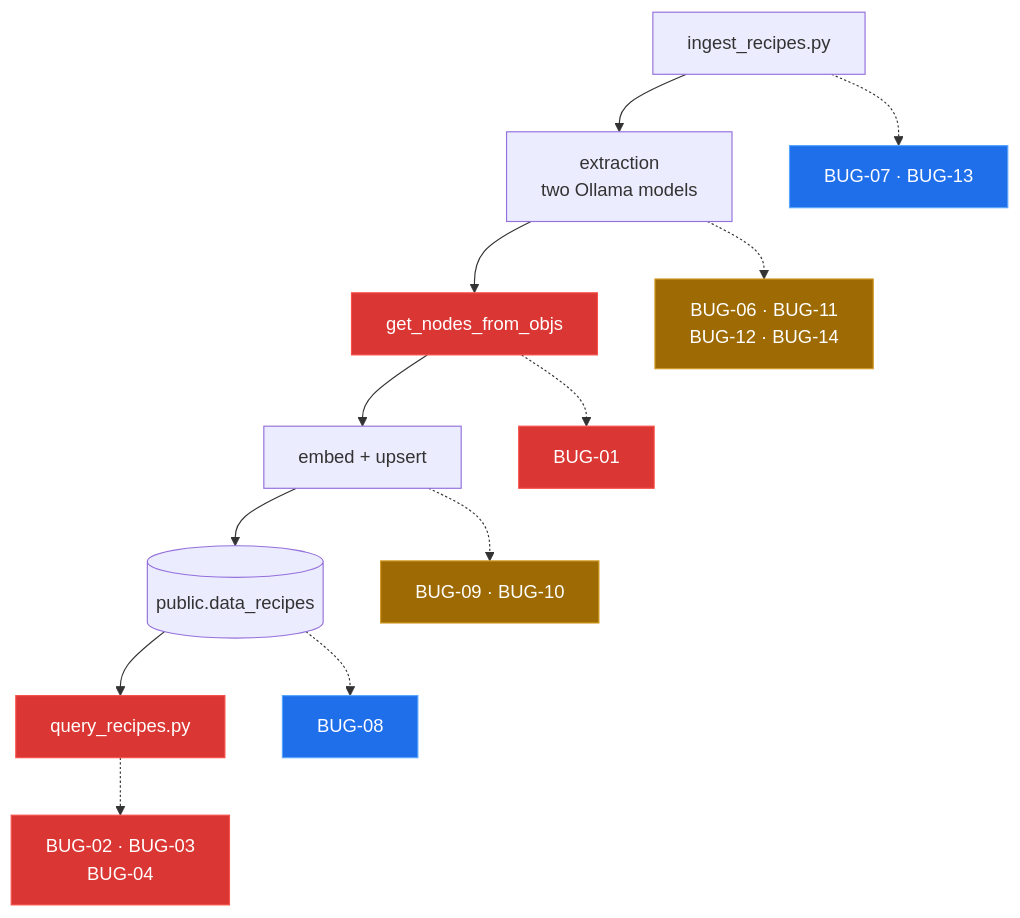
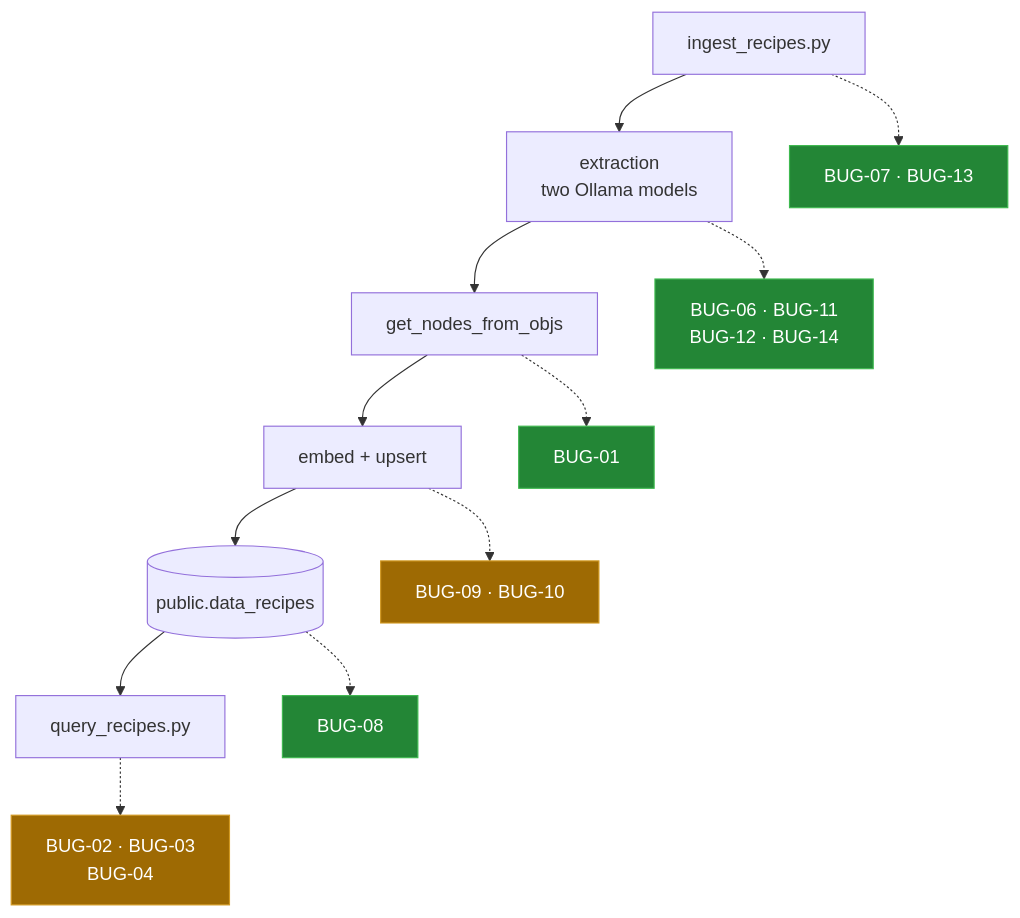
Before and after one commit to Bissbert/cookingRAG: the diagram in docs/BUGS-FOUND.md, drawn with Mermaid. The commit also changed other lines of this file and 11 other files, not shown here.

````diff
--- a/docs/BUGS-FOUND.md
+++ b/docs/BUGS-FOUND.md
@@ -29,24 +22,22 @@
 ```mermaid
 flowchart TD
     A["ingest_recipes.py"] --> B["extraction<br/>two Ollama models"]
     B --> C["get_nodes_from_objs"]
     C --> D["embed + upsert"]
     D --> E[("public.data_recipes")]
     E --> F["query_recipes.py"]
 
     A -.-> A1["BUG-07 · BUG-13"]
     B -.-> B1["BUG-06 · BUG-11<br/>BUG-12 · BUG-14"]
     C -.-> C1["BUG-01"]
     D -.-> D1["BUG-09 · BUG-10"]
     E -.-> E1["BUG-08"]
     F -.-> F1["BUG-02 · BUG-03<br/>BUG-04"]
 
-    style C fill:#da3633,stroke:#f85149,color:#fff
-    style F fill:#da3633,stroke:#f85149,color:#fff
-    style C1 fill:#da3633,stroke:#f85149,color:#fff
-    style F1 fill:#da3633,stroke:#f85149,color:#fff
-    style B1 fill:#9e6a03,stroke:#d29922,color:#fff
+    style C1 fill:#238636,stroke:#3fb950,color:#fff
+    style A1 fill:#238636,stroke:#3fb950,color:#fff
+    style E1 fill:#238636,stroke:#3fb950,color:#fff
+    style B1 fill:#238636,stroke:#3fb950,color:#fff
+    style F1 fill:#9e6a03,stroke:#d29922,color:#fff
     style D1 fill:#9e6a03,stroke:#d29922,color:#fff
-    style A1 fill:#1f6feb,stroke:#58a6ff,color:#fff
-    style E1 fill:#1f6feb,stroke:#58a6ff,color:#fff
 ```
````
